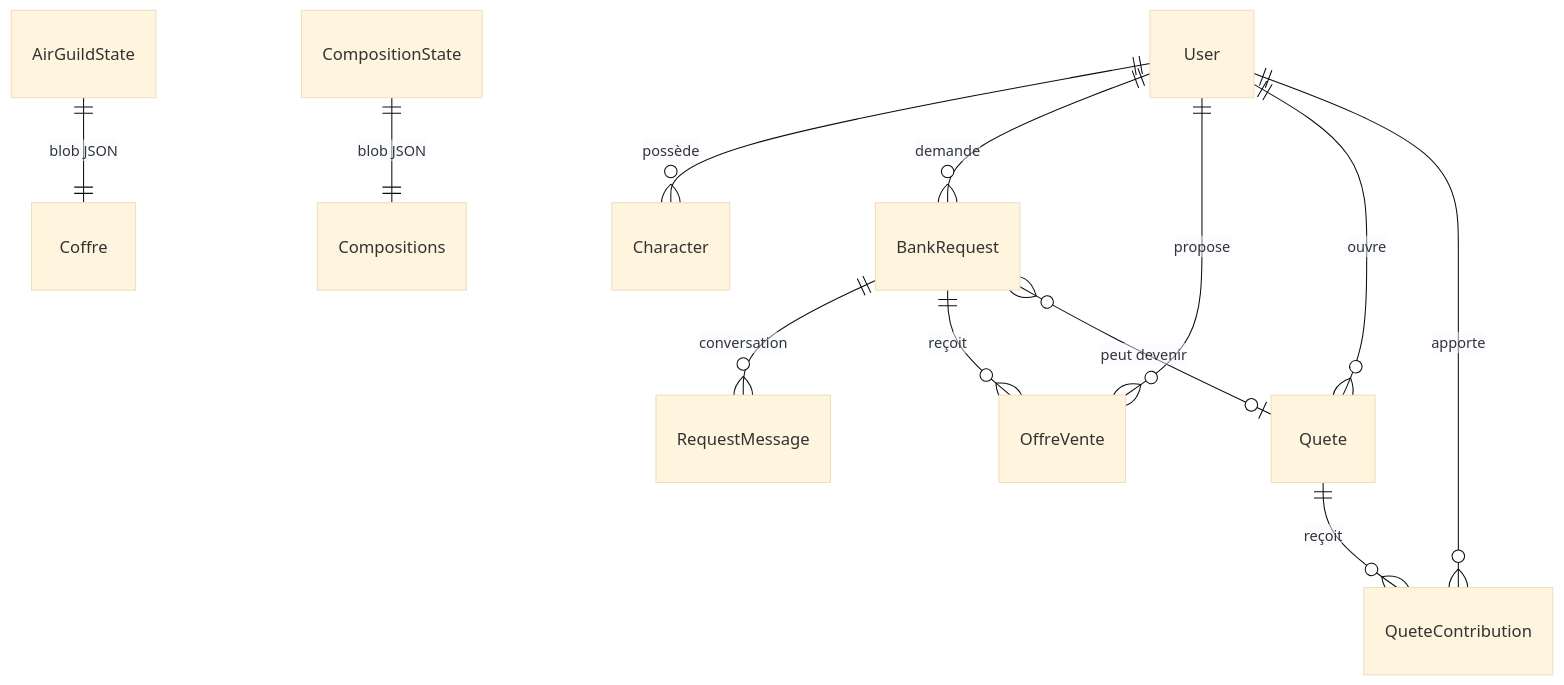
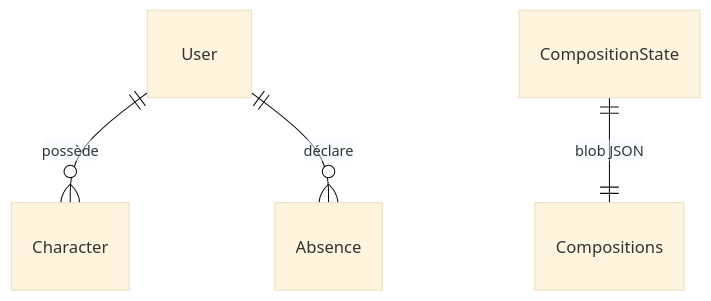
The fifth of 5 diagrams in README.md (maximedespaux/vanguardmmo), drawn with Mermaid (base theme) before and after one commit. The commit also changed other lines of this file and 645 other files, not shown here.

````diff
--- a/README.md
+++ b/README.md
@@ -251,14 +229,6 @@
 ```mermaid
 erDiagram
     User ||--o{ Character : "possède"
-    User ||--o{ BankRequest : "demande"
-    User ||--o{ OffreVente : "propose"
-    User ||--o{ Quete : "ouvre"
-    User ||--o{ QueteContribution : "apporte"
-    BankRequest ||--o{ RequestMessage : "conversation"
-    BankRequest ||--o{ OffreVente : "reçoit"
-    BankRequest }o--o| Quete : "peut devenir"
-    Quete ||--o{ QueteContribution : "reçoit"
-    AirGuildState ||--|| Coffre : "blob JSON"
+    User ||--o{ Absence : "déclare"
     CompositionState ||--|| Compositions : "blob JSON"
 ```
````
